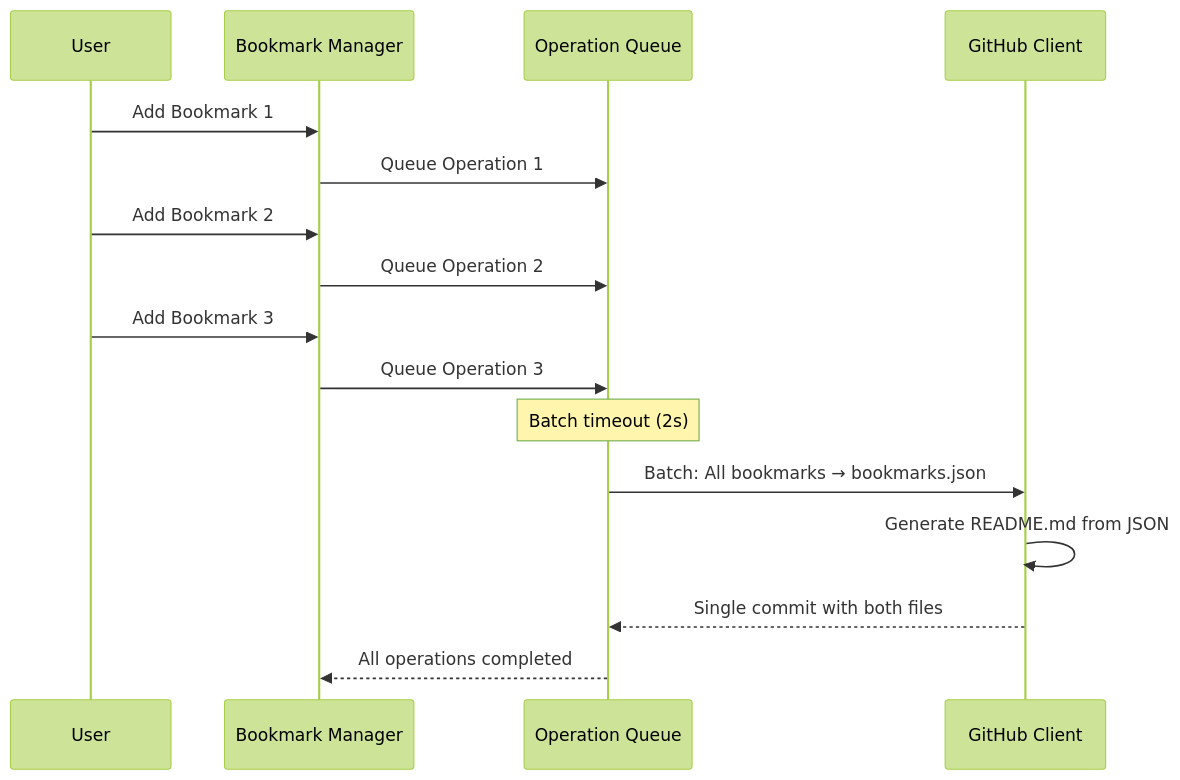
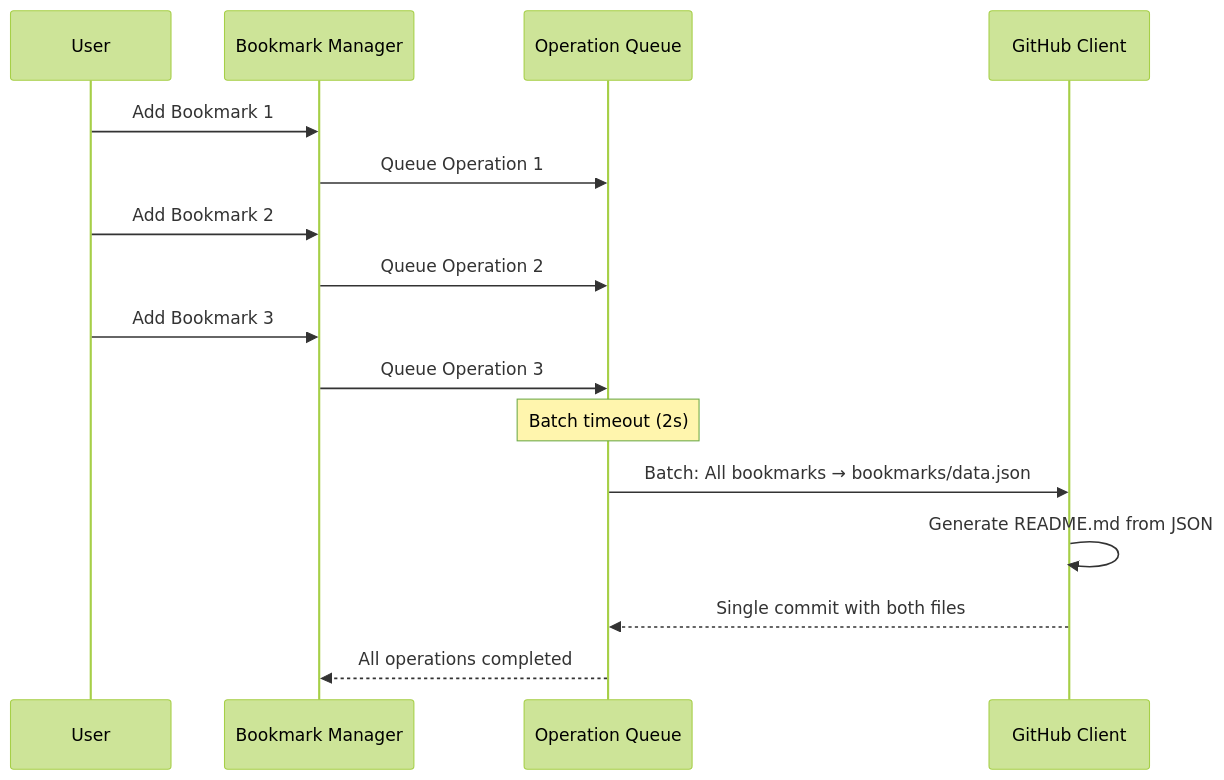
Diagram 13 of 14 in docs/data-flow.md (danlourenco/hubmarks), drawn with Mermaid (forest theme) before and after one commit. The commit also changed other lines of this file and 4 other files, not shown here.

First line of the commit message:
docs: standardize all paths to use bookmarks/data.json structure

````diff
--- a/docs/data-flow.md
+++ b/docs/data-flow.md
@@ -371,21 +371,21 @@
 ```mermaid
 sequenceDiagram
     participant User
     participant BM as Bookmark Manager
     participant Queue as Operation Queue
     participant GitHub as GitHub Client
     
     User->>BM: Add Bookmark 1
     BM->>Queue: Queue Operation 1
     User->>BM: Add Bookmark 2  
     BM->>Queue: Queue Operation 2
     User->>BM: Add Bookmark 3
     BM->>Queue: Queue Operation 3
     
     Note over Queue: Batch timeout (2s)
     
-    Queue->>GitHub: Batch: All bookmarks → bookmarks.json
+    Queue->>GitHub: Batch: All bookmarks → bookmarks/data.json
     GitHub->>GitHub: Generate README.md from JSON
     GitHub-->>Queue: Single commit with both files
     Queue-->>BM: All operations completed
 ```
````
